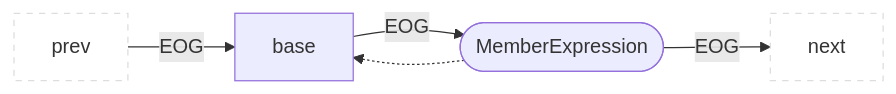
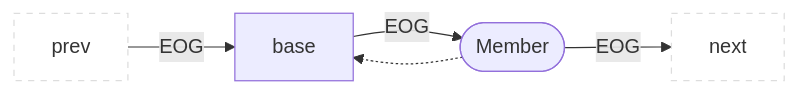
Before and after one commit to Fraunhofer-AISEC/cpg: the seventh of 49 diagrams in docs/docs/CPG/specs/eog.md, drawn with Mermaid. The commit also changed other lines of this file and 219 other files, not shown here.

````diff
--- a/docs/docs/CPG/specs/eog.md
+++ b/docs/docs/CPG/specs/eog.md
@@ -163,8 +163,8 @@
 ```mermaid
 flowchart LR
   classDef outer fill:#fff,stroke:#ddd,stroke-dasharray:5 5;
   prev:::outer --EOG--> child
-  parent(["MemberExpression"]) --EOG--> next:::outer
+  parent(["Member"]) --EOG--> next:::outer
   parent -.-> child["base"]
   child --EOG--> parent
 ```
````
